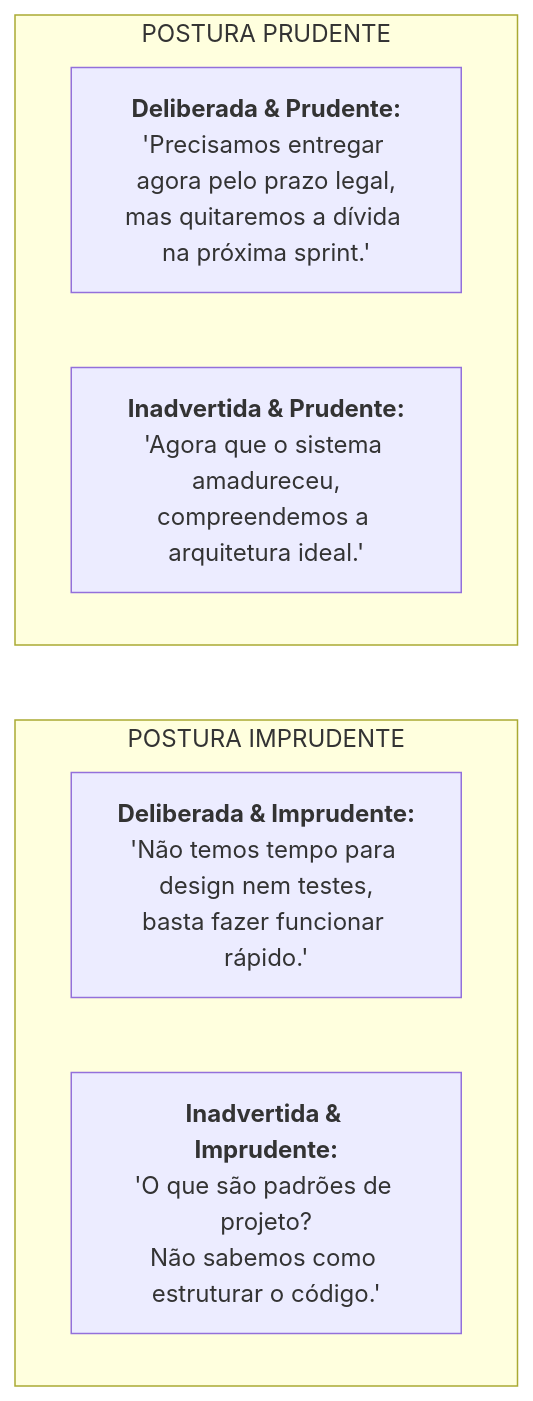
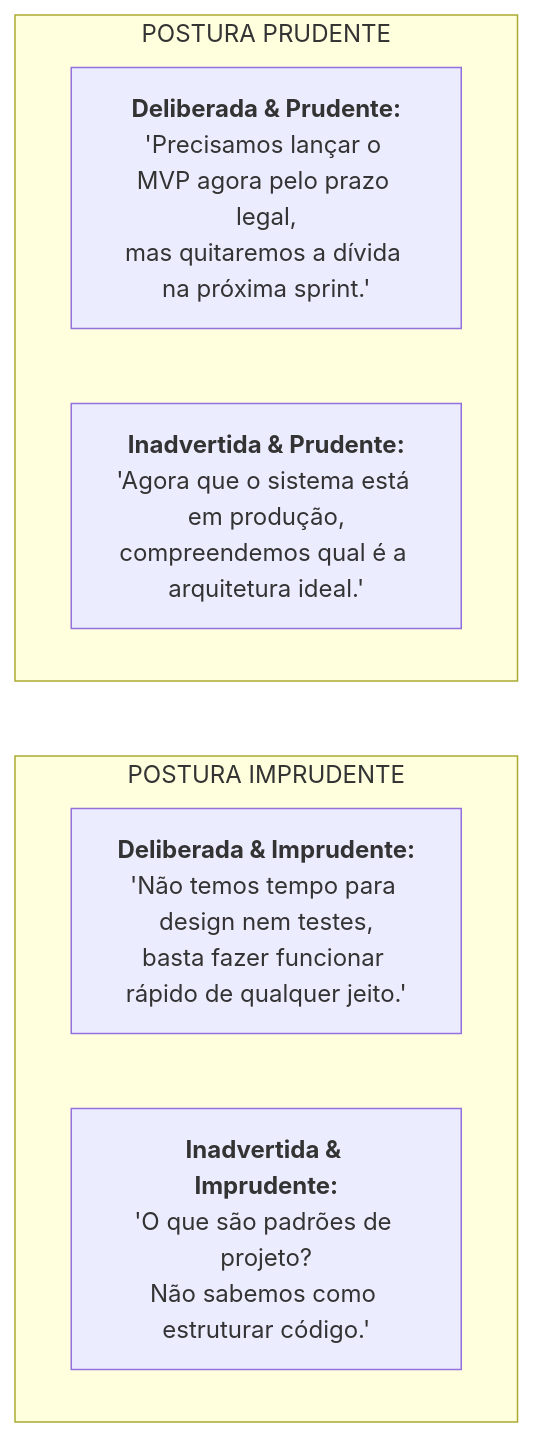
The third of 3 diagrams in fontes_de_estudo/conhecimentos_especificos_b02_ti/04_engenharia_de_software/05_qualidade_testes_refatoracao_e_divida_tecnica.md (thiagosantos346/TCE-GO-2027), drawn with Mermaid before and after one commit. The commit also changed other lines of this file and 119 other files, not shown here.

````diff
--- a/fontes_de_estudo/conhecimentos_especificos_b02_ti/04_engenharia_de_software/05_qualidade_testes_refatoracao_e_divida_tecnica.md
+++ b/fontes_de_estudo/conhecimentos_especificos_b02_ti/04_engenharia_de_software/05_qualidade_testes_refatoracao_e_divida_tecnica.md
@@ -114,12 +211,12 @@
 ```mermaid
 flowchart TD
     subgraph EixoPrudente["POSTURA PRUDENTE"]
-        P_DEL["<b>Deliberada & Prudente:</b><br/>'Precisamos entregar agora pelo prazo legal,<br/>mas quitaremos a dívida na próxima sprint.'"]
-        P_INA["<b>Inadvertida & Prudente:</b><br/>'Agora que o sistema amadureceu,<br/>compreendemos a arquitetura ideal.'"]
+        P_DEL["<b>Deliberada & Prudente:</b><br/>'Precisamos lançar o MVP agora pelo prazo legal,<br/>mas quitaremos a dívida na próxima sprint.'"]
+        P_INA["<b>Inadvertida & Prudente:</b><br/>'Agora que o sistema está em produção,<br/>compreendemos qual é a arquitetura ideal.'"]
     end
     subgraph EixoImprudente["POSTURA IMPRUDENTE"]
-        I_DEL["<b>Deliberada & Imprudente:</b><br/>'Não temos tempo para design nem testes,<br/>basta fazer funcionar rápido.'"]
-        I_INA["<b>Inadvertida & Imprudente:</b><br/>'O que são padrões de projeto?<br/>Não sabemos como estruturar o código.'"]
+        I_DEL["<b>Deliberada & Imprudente:</b><br/>'Não temos tempo para design nem testes,<br/>basta fazer funcionar rápido de qualquer jeito.'"]
+        I_INA["<b>Inadvertida & Imprudente:</b><br/>'O que são padrões de projeto?<br/>Não sabemos como estruturar código.'"]
     end
     EixoPrudente ~~~ EixoImprudente
 ```
````
